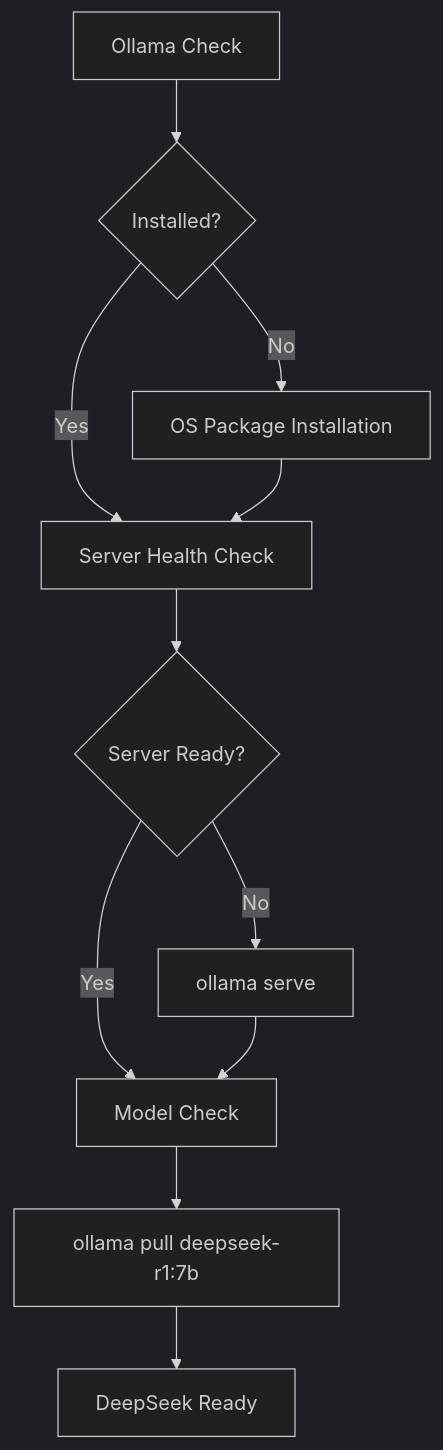
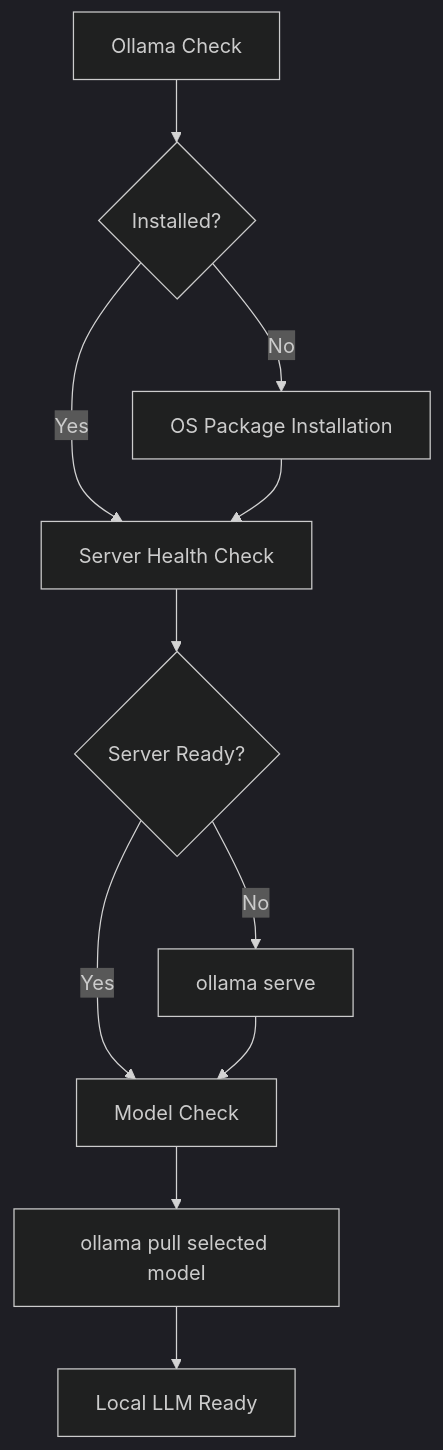
Before and after one commit to JeonghunLee/AI-driven-CI-CT: the second of 5 diagrams in docs/index.md, drawn with Mermaid (dark theme). The commit also changed other lines of this file and 23 other files, not shown here.

First line of the commit message:
Refactor to replace DeepSeek with Local LLM

````diff
--- a/docs/index.md
+++ b/docs/index.md
@@ -61,13 +64,13 @@
 ```mermaid
 flowchart TD
     A[Ollama Check] --> B{Installed?}
     B -- No --> C[OS Package Installation]
     B -- Yes --> D[Server Health Check]
     C --> D
     D --> E{Server Ready?}
     E -- No --> F[ollama serve]
     E -- Yes --> G[Model Check]
     F --> G
-    G --> H[ollama pull deepseek-r1:7b]
-    H --> I[DeepSeek Ready]
+    G --> H[ollama pull selected model]
+    H --> I[Local LLM Ready]
 ```
````
